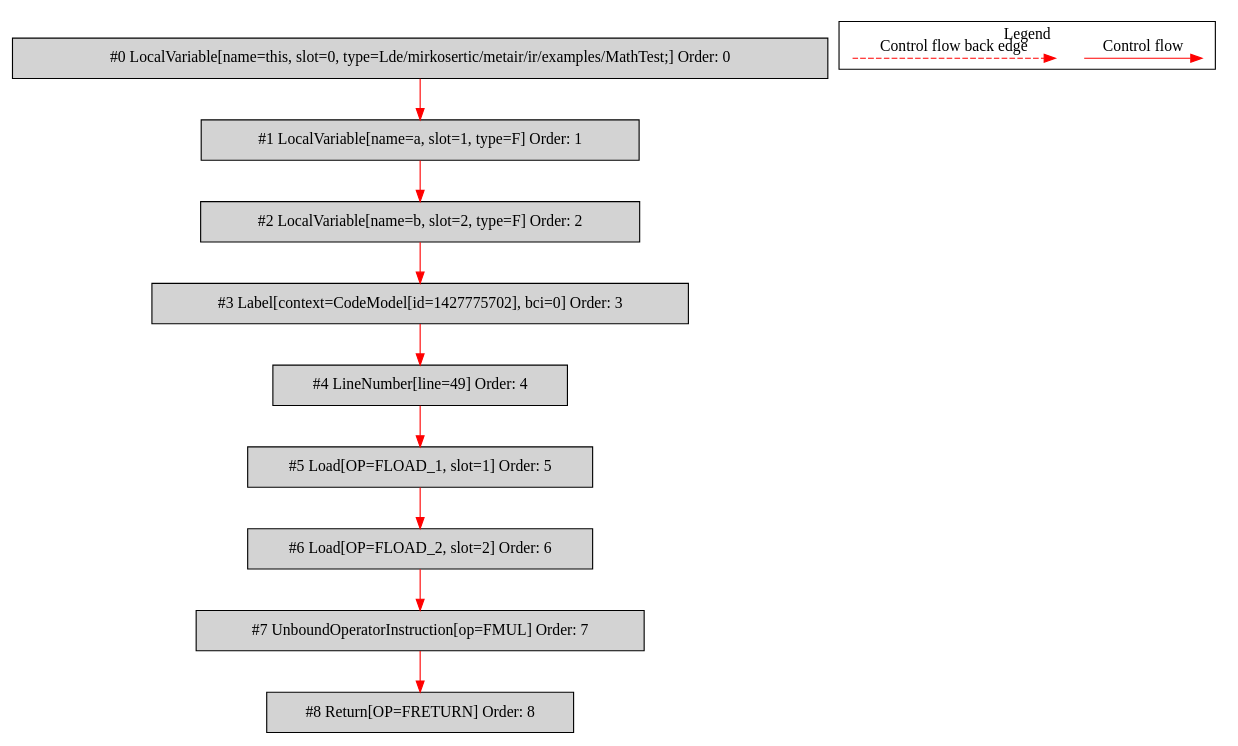
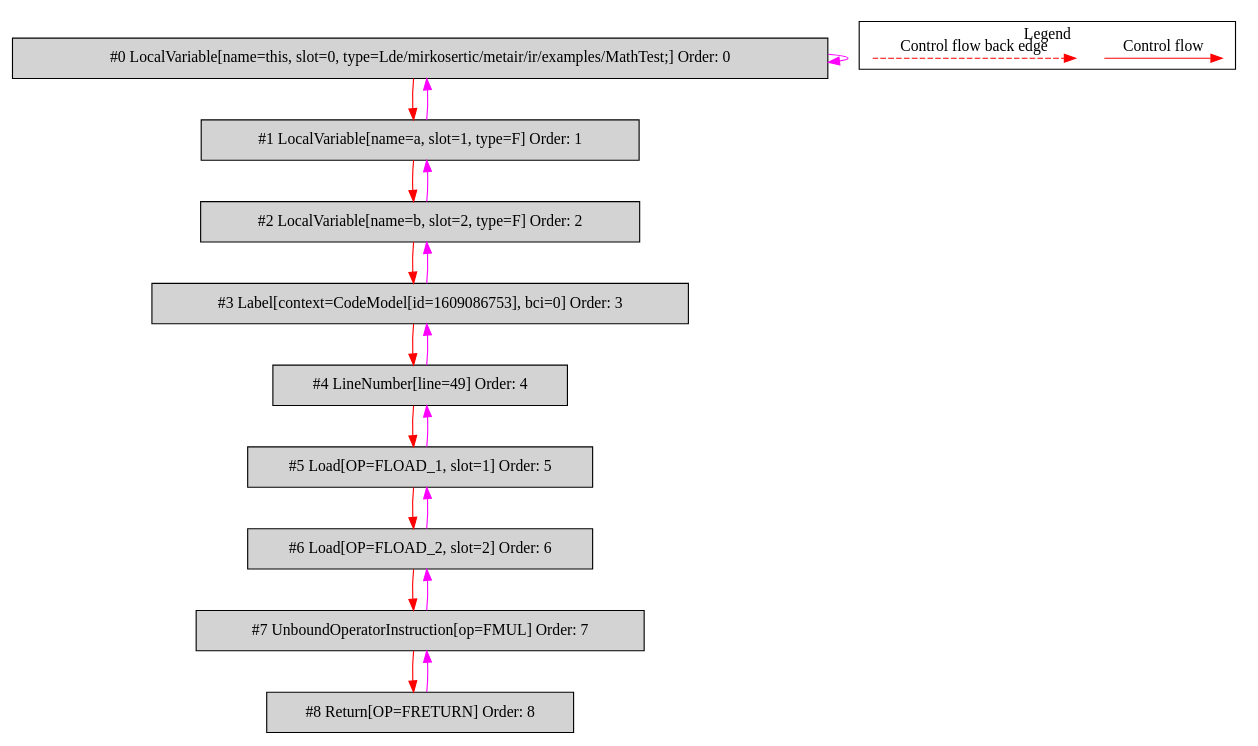
Before and after one commit to mirkosertic/MetaIR: the diagram in de.mirkosertic.metair.ir.examples.MathTest/fmul/bytecodecfg.dot, drawn with Graphviz. The commit also changed 1685 other files, not shown here.

```diff
--- a/de.mirkosertic.metair.ir.examples.MathTest/fmul/bytecodecfg.dot
+++ b/de.mirkosertic.metair.ir.examples.MathTest/fmul/bytecodecfg.dot
@@ -1,34 +1,43 @@
 digraph {
  ordering="in";
  node0[label="#0 LocalVariable[name=this, slot=0, type=Lde/mirkosertic/metair/ir/examples/MathTest;] Order: 0", shape=box, fillcolor=lightgrey, style=filled];
  node1[label="#1 LocalVariable[name=a, slot=1, type=F] Order: 1", shape=box, fillcolor=lightgrey, style=filled];
  node2[label="#2 LocalVariable[name=b, slot=2, type=F] Order: 2", shape=box, fillcolor=lightgrey, style=filled];
- node3[label="#3 Label[context=CodeModel[id=1427775702], bci=0] Order: 3", shape=box, fillcolor=lightgrey, style=filled];
+ node3[label="#3 Label[context=CodeModel[id=1609086753], bci=0] Order: 3", shape=box, fillcolor=lightgrey, style=filled];
  node4[label="#4 LineNumber[line=49] Order: 4", shape=box, fillcolor=lightgrey, style=filled];
  node5[label="#5 Load[OP=FLOAD_1, slot=1] Order: 5", shape=box, fillcolor=lightgrey, style=filled];
  node6[label="#6 Load[OP=FLOAD_2, slot=2] Order: 6", shape=box, fillcolor=lightgrey, style=filled];
  node7[label="#7 UnboundOperatorInstruction[op=FMUL] Order: 7", shape=box, fillcolor=lightgrey, style=filled];
  node8[label="#8 Return[OP=FRETURN] Order: 8", shape=box, fillcolor=lightgrey, style=filled];
+ node0 -> node0[color=fuchsia];
  node0 -> node1[color=red];
+ node1 -> node0[color=fuchsia];
  node1 -> node2[color=red];
+ node2 -> node1[color=fuchsia];
  node2 -> node3[color=red];
+ node3 -> node2[color=fuchsia];
  node3 -> node4[color=red];
+ node4 -> node3[color=fuchsia];
  node4 -> node5[color=red];
+ node5 -> node4[color=fuchsia];
  node5 -> node6[color=red];
+ node6 -> node5[color=fuchsia];
  node6 -> node7[color=red];
+ node7 -> node6[color=fuchsia];
  node7 -> node8[color=red];
+ node8 -> node7[color=fuchsia];
  subgraph cluster_000 {
   label = "Legend";
   node [shape=point]
   {
    rank=same;
    c0 [style = invis];
    c1 [style = invis];
    c2 [style = invis];
    c3 [style = invis];
   }
   c0 -> c1 [label="Control flow", style=solid, color=red]
   c2 -> c3 [label="Control flow back edge", style=dashed, color=red]
  }
 
 }
```
